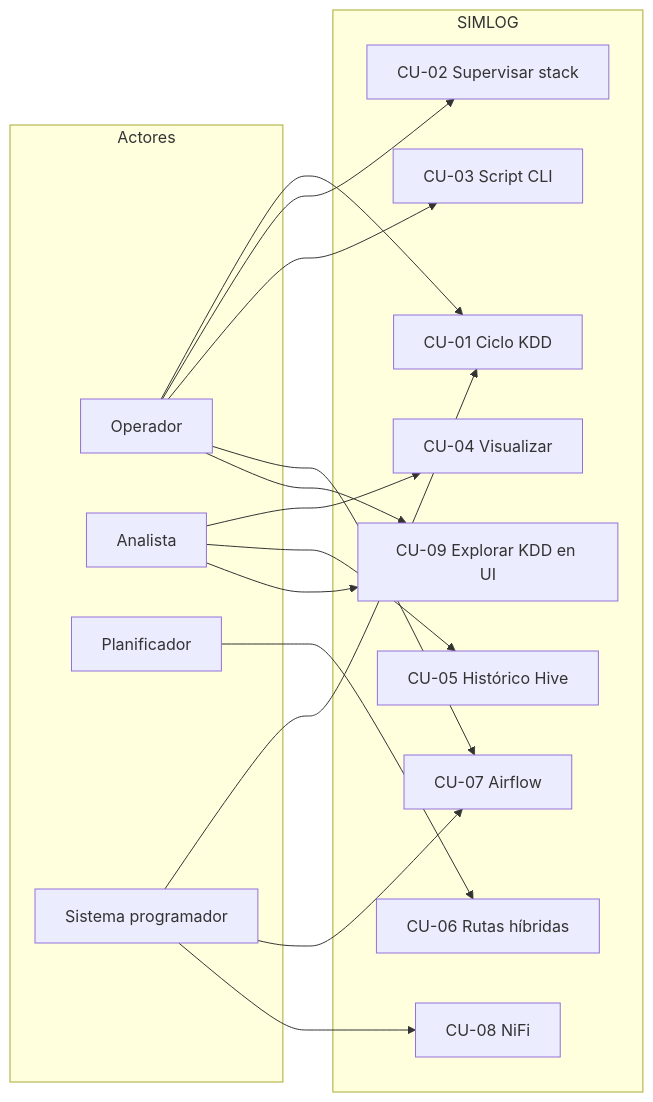
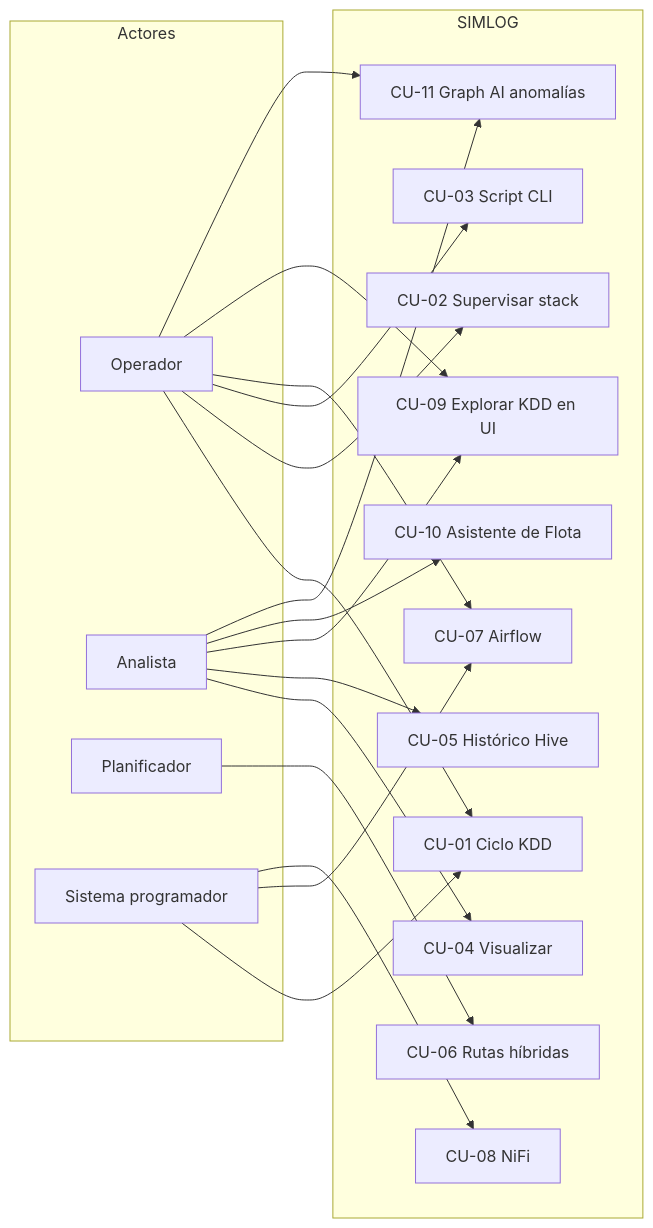
Before and after one commit to gracobjo/proyecto_transporte_global_standalone: the diagram in docs/CASOS_DE_USO.md, drawn with Mermaid. The commit also changed other lines of this file and 38 other files, not shown here.

First line of the commit message:
Documentar requisitos y añadir Asistente de Flota + Graph AI

````diff
--- a/docs/CASOS_DE_USO.md
+++ b/docs/CASOS_DE_USO.md
@@ -82,32 +97,37 @@
 ```mermaid
 flowchart LR
   subgraph Actores
     OP[Operador]
     AN[Analista]
     PL[Planificador]
     PR[Sistema programador]
   end
   subgraph SIMLOG
     CU1[CU-01 Ciclo KDD]
     CU2[CU-02 Supervisar stack]
     CU3[CU-03 Script CLI]
     CU4[CU-04 Visualizar]
     CU5[CU-05 Histórico Hive]
     CU6[CU-06 Rutas híbridas]
     CU7[CU-07 Airflow]
     CU8[CU-08 NiFi]
     CU9[CU-09 Explorar KDD en UI]
+    CU10[CU-10 Asistente de Flota]
+    CU11[CU-11 Graph AI anomalías]
   end
   OP --> CU1
   OP --> CU2
   OP --> CU3
   OP --> CU7
   OP --> CU9
   AN --> CU4
   AN --> CU5
   AN --> CU9
+  AN --> CU10
   PL --> CU6
   PR --> CU1
   PR --> CU7
   PR --> CU8
+  OP --> CU11
+  AN --> CU11
 ```
````
